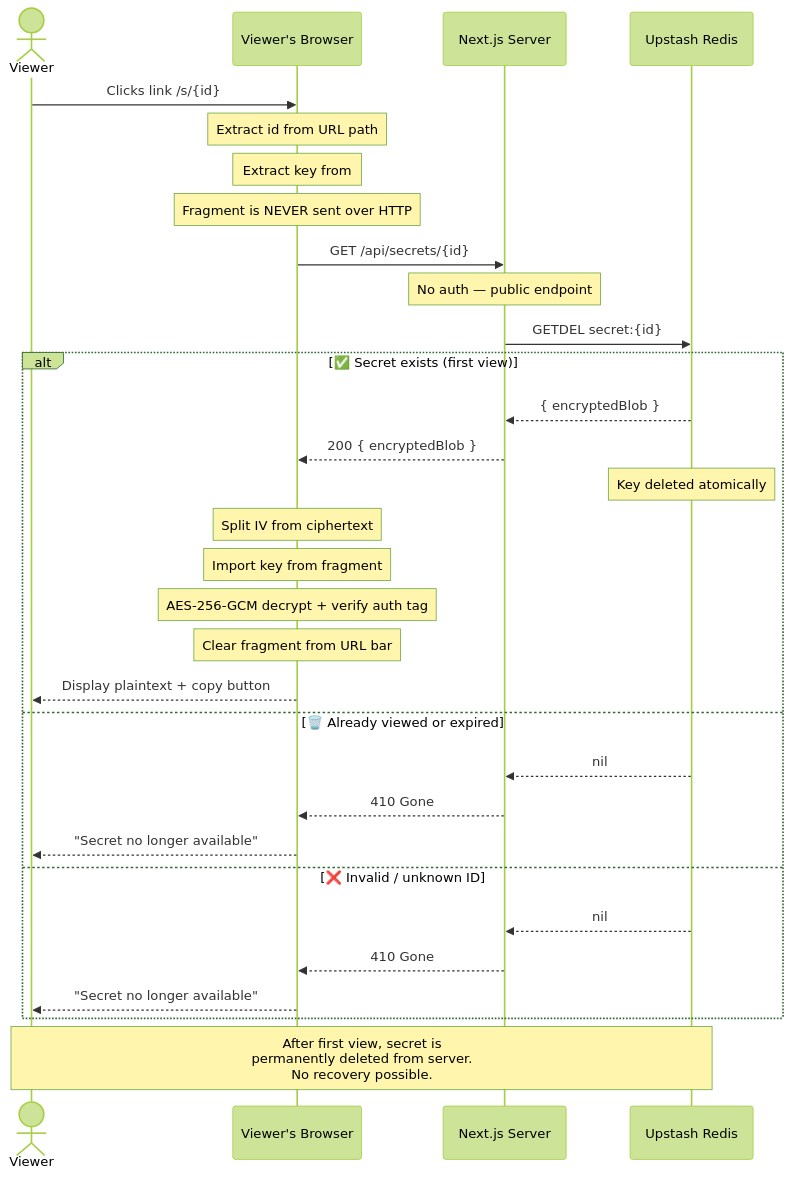
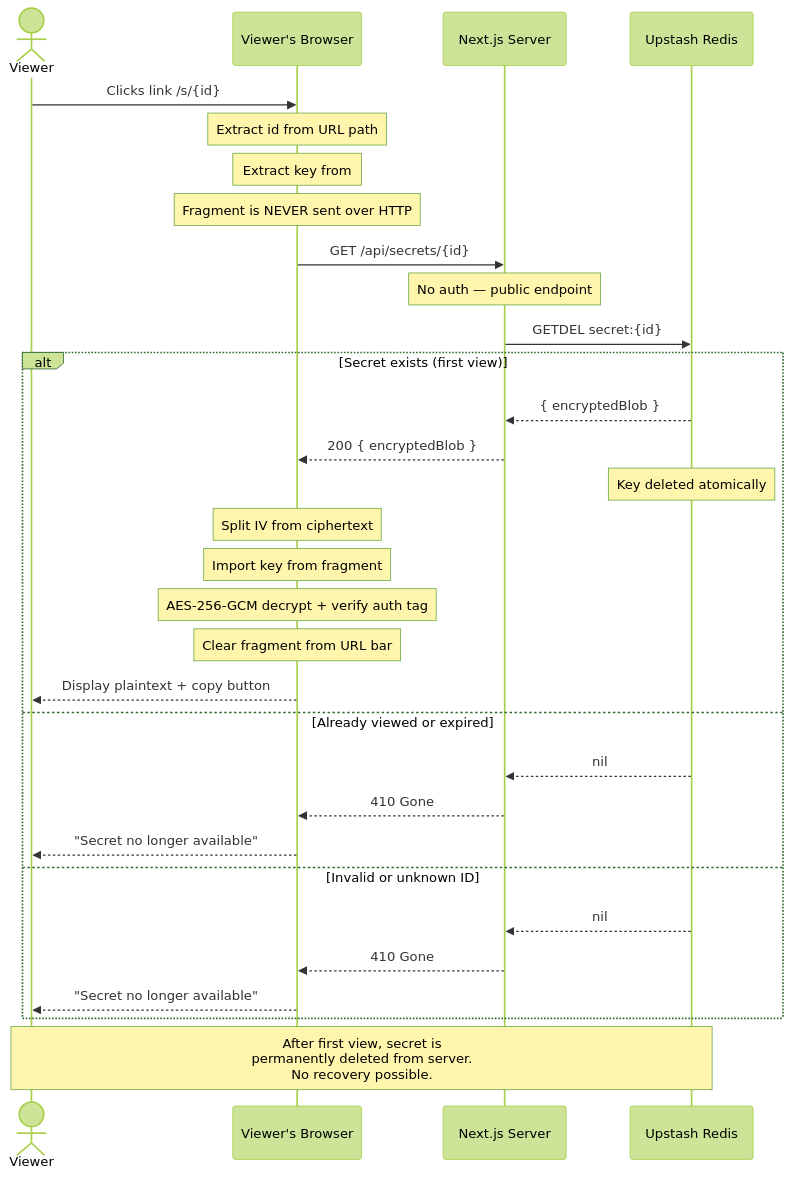
The third of 5 diagrams in README.md (Zeeshan-Hamid/Secret-Manager), drawn with Mermaid (forest theme) before and after one commit. The commit also changed other lines of this file, not shown here.

Commit message:
Updated Container diagram

````diff
--- a/README.md
+++ b/README.md
@@ -101,38 +117,38 @@
 ```mermaid
 sequenceDiagram
     actor V as Viewer
     participant B as Viewer's Browser
     participant S as Next.js Server
     participant R as Upstash Redis
 
     V->>B: Clicks link /s/{id}#{key}
 
     Note over B: Extract id from URL path
     Note over B: Extract key from #fragment
     Note over B: Fragment is NEVER sent over HTTP
 
     B->>S: GET /api/secrets/{id}
     Note over S: No auth — public endpoint
     S->>R: GETDEL secret:{id}
 
-    alt ✅ Secret exists (first view)
+    alt Secret exists (first view)
         R-->>S: { encryptedBlob }
         S-->>B: 200 { encryptedBlob }
         Note over R: Key deleted atomically
         Note over B: Split IV from ciphertext
         Note over B: Import key from fragment
         Note over B: AES-256-GCM decrypt + verify auth tag
         Note over B: Clear fragment from URL bar
         B-->>V: Display plaintext + copy button
-    else 🗑️ Already viewed or expired
+    else Already viewed or expired
         R-->>S: nil
         S-->>B: 410 Gone
         B-->>V: "Secret no longer available"
-    else ❌ Invalid / unknown ID
+    else Invalid or unknown ID
         R-->>S: nil
         S-->>B: 410 Gone
         B-->>V: "Secret no longer available"
     end
 
     Note over V,R: After first view, secret is<br/>permanently deleted from server.<br/>No recovery possible.
 ```
````
